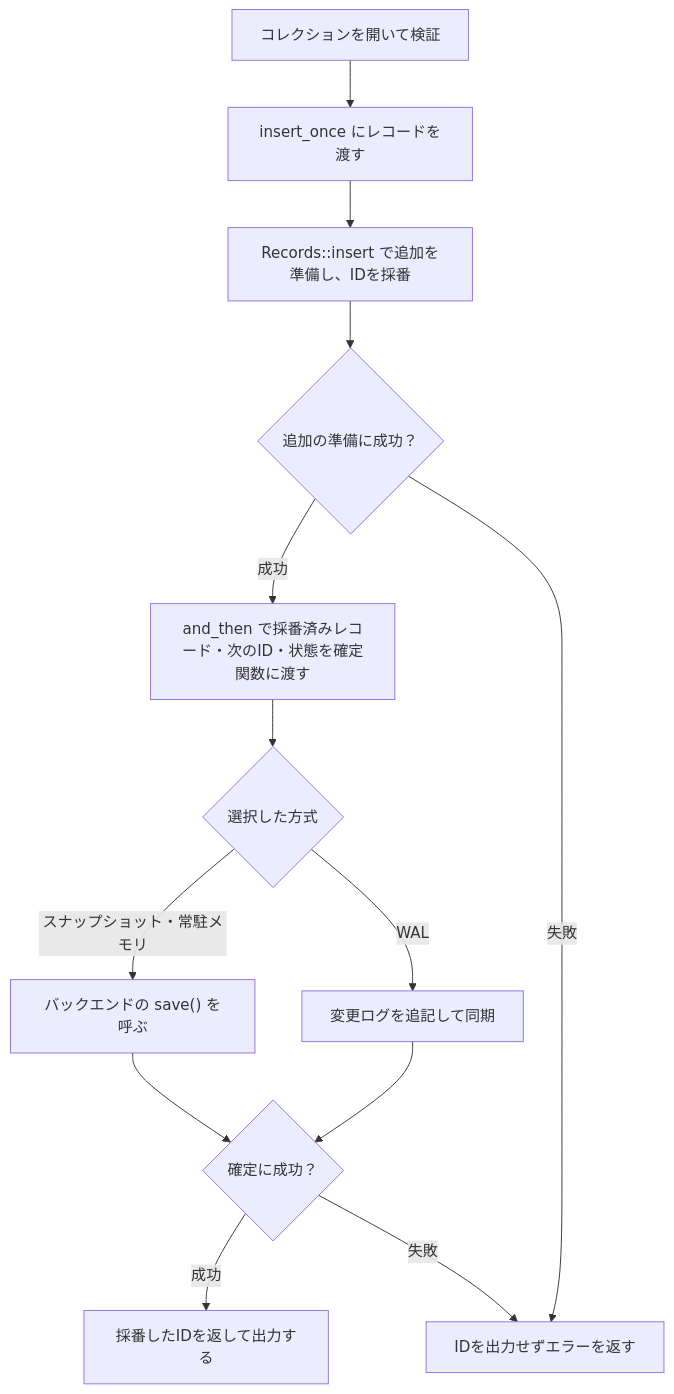
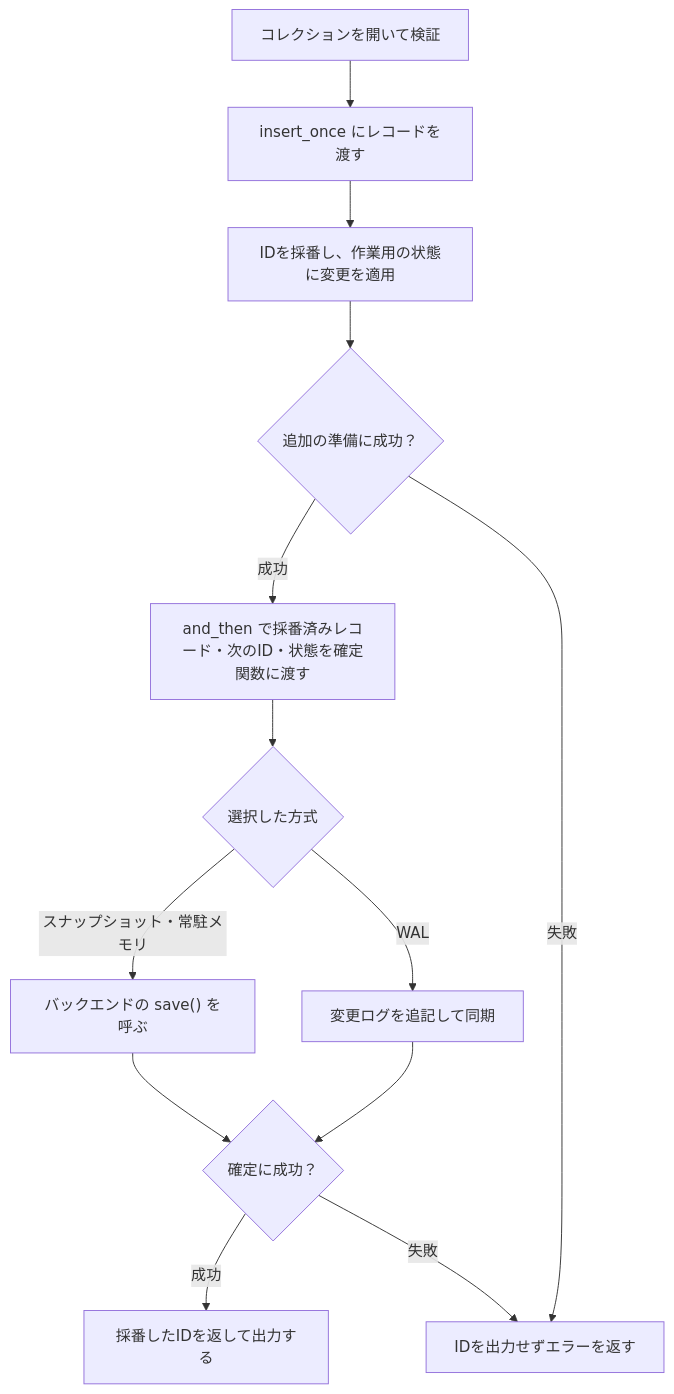
One commit to YoshiakiNishimura/persist-collections changed the diagram in README.ja.md. Above: the diagram before and after it, drawn with Mermaid. The commit also changed other lines of this file and 4 other files, not shown here.

````diff
--- a/README.ja.md
+++ b/README.ja.md
@@ -64,15 +66,15 @@
 ```mermaid
 flowchart TD
     Open["コレクションを開いて検証"] --> Insert["insert_once にレコードを渡す"]
-    Insert --> Prepare["Records::insert で追加を準備し、IDを採番"]
+    Insert --> Prepare["IDを採番し、作業用の状態に変更を適用"]
     Prepare --> Prepared{"追加の準備に成功？"}
     Prepared -->|成功| Commit["and_then で採番済みレコード・次のID・状態を確定関数に渡す"]
     Prepared -->|失敗| Failure["IDを出力せずエラーを返す"]
     Commit --> Strategy{"選択した方式"}
     Strategy -->|スナップショット・常駐メモリ| Save["バックエンドの save() を呼ぶ"]
     Strategy -->|WAL| Log["変更ログを追記して同期"]
     Save --> Saved{"確定に成功？"}
     Log --> Saved
     Saved -->|成功| Success["採番したIDを返して出力する"]
     Saved -->|失敗| Failure
 ```
````
